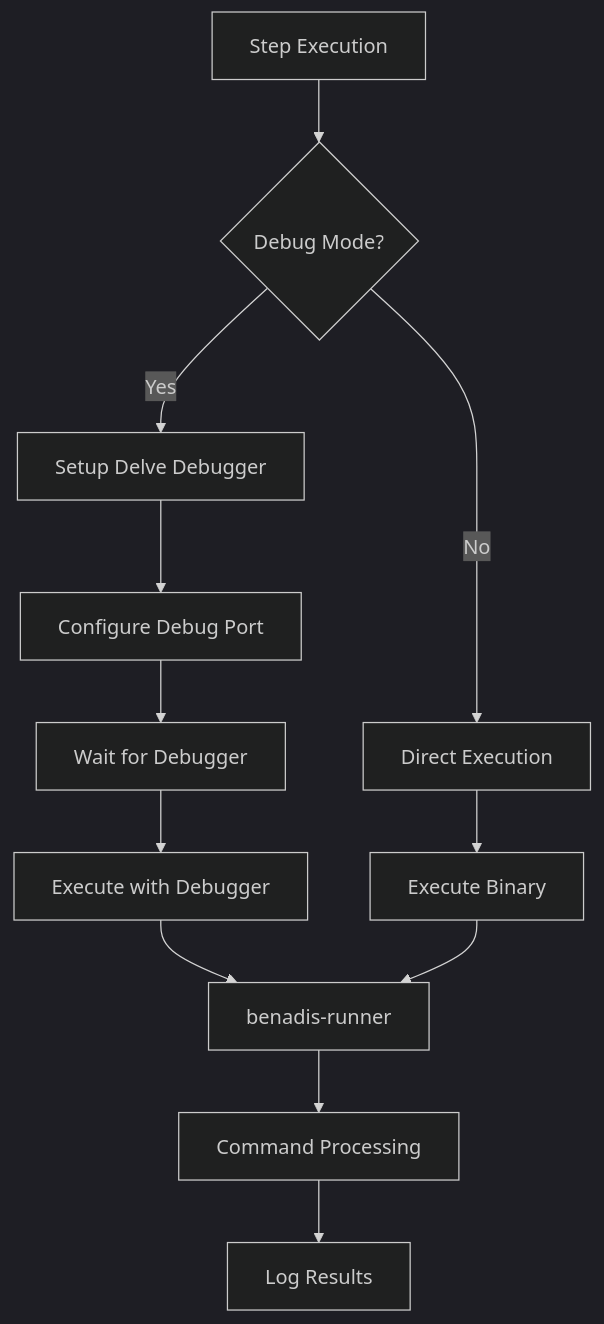
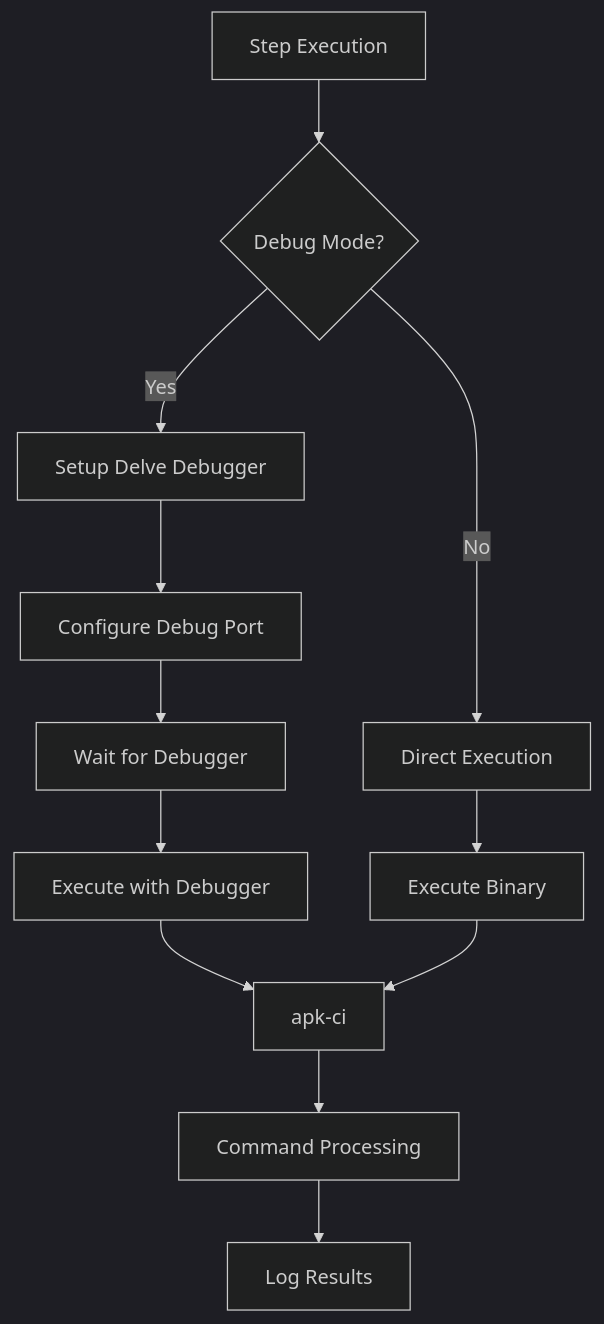
Before and after one commit to Kargones/apk-ci: the fourth of 4 diagrams in .qoder/repowiki/en/content/Configuration Management/YAML Configuration Files/action.yaml Configuration.md, drawn with Mermaid (dark theme). The commit also changed other lines of this file and 189 other files, not shown here.

Commit message:
Замена benadis-runner на apk-ci.

````diff
--- a/.qoder/repowiki/en/content/Configuration Management/YAML Configuration Files/action.yaml Configuration.md
+++ b/.qoder/repowiki/en/content/Configuration Management/YAML Configuration Files/action.yaml Configuration.md
@@ -243,14 +243,14 @@
 ```mermaid
 flowchart TD
 A["Step Execution"] --> B{"Debug Mode?"}
 B --> |Yes| C["Setup Delve Debugger"]
 B --> |No| D["Direct Execution"]
 C --> E["Configure Debug Port"]
 E --> F["Wait for Debugger"]
 F --> G["Execute with Debugger"]
 D --> H["Execute Binary"]
-G --> I["benadis-runner"]
+G --> I["apk-ci"]
 H --> I
 I --> J["Command Processing"]
 J --> K["Log Results"]
 ```
````
